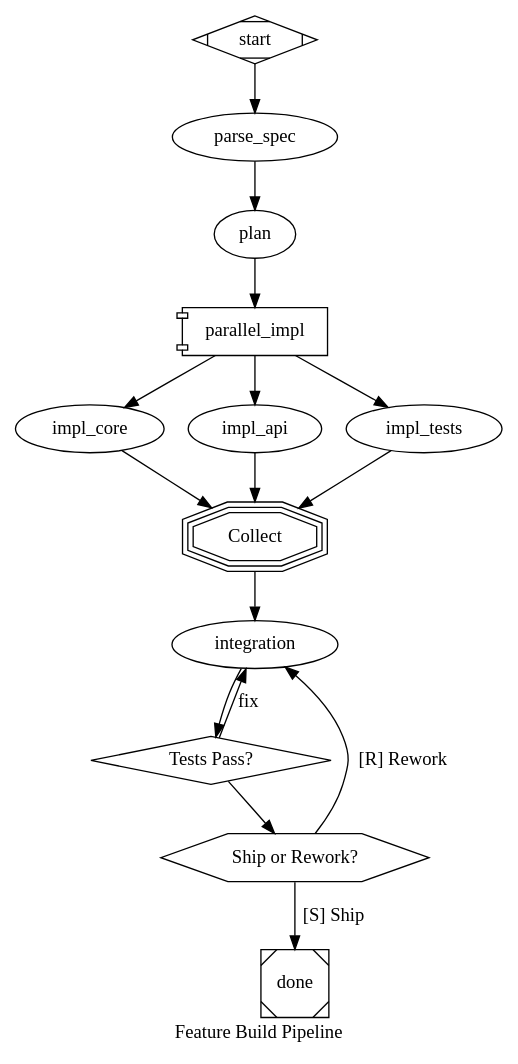
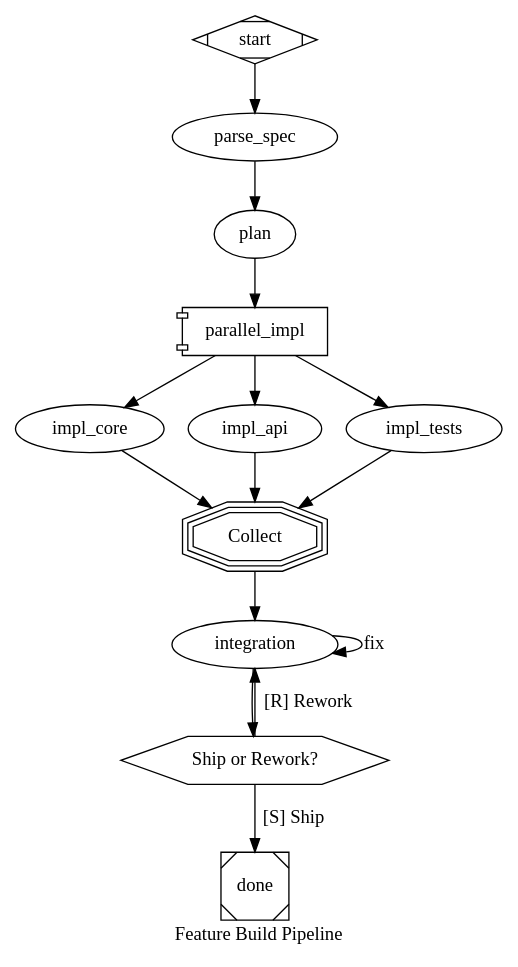
One commit to robotdad/amplifier-bundle-attractor changed diagram 14 of 14 in docs/DOT-AUTHORING-GUIDE.md. Above: the diagram before and after it, drawn with Graphviz. The commit also changed other lines of this file and 16 other files, not shown here.

````diff
--- a/docs/DOT-AUTHORING-GUIDE.md
+++ b/docs/DOT-AUTHORING-GUIDE.md
@@ -550,51 +547,49 @@
 ```dot
 digraph FeatureBuild {
     graph [
         goal="$goal",
         label="Feature Build Pipeline",
         default_max_retry=2,
         default_fidelity="full",
         default_thread_id="feature-build"
     ]
 
     start [shape=Mdiamond]
     done  [shape=Msquare]
 
     // Planning
     parse_spec [prompt="Read the feature spec. Break into: data model, logic, API, tests."]
     plan [prompt="Create 2-3 independent subtasks that can run in parallel."]
 
     // Parallel implementation
     parallel_impl [shape=component, join_policy="wait_all", error_policy="fail_fast"]
     impl_core  [prompt="Implement core business logic. Include type hints and docstrings."]
     impl_api   [prompt="Implement API layer. Wire up to core logic interfaces."]
     impl_tests [prompt="Write unit tests for core logic and API layer."]
     collect [shape=tripleoctagon, label="Collect"]
 
     // Integration and verification
     integration [
         prompt="Run all tests. Fix integration issues.",
         goal_gate=true,
         retry_target="integration",
         max_retries=3
     ]
-    gate [shape=diamond, label="Tests Pass?"]
-
     // Human review
     review [shape=hexagon, label="Ship or Rework?"]
 
     // Flow
     start -> parse_spec -> plan -> parallel_impl
     parallel_impl -> impl_core
     parallel_impl -> impl_api
     parallel_impl -> impl_tests
     impl_core -> collect
     impl_api -> collect
     impl_tests -> collect
-    collect -> integration -> gate
-    gate -> review [condition="outcome=success"]
-    gate -> integration [condition="outcome!=success", label="fix"]
+    collect -> integration
+    integration -> review [condition="outcome=success"]
+    integration -> integration [condition="outcome!=success", label="fix"]
     review -> done [label="[S] Ship"]
     review -> integration [label="[R] Rework"]
 }
 ```
````
